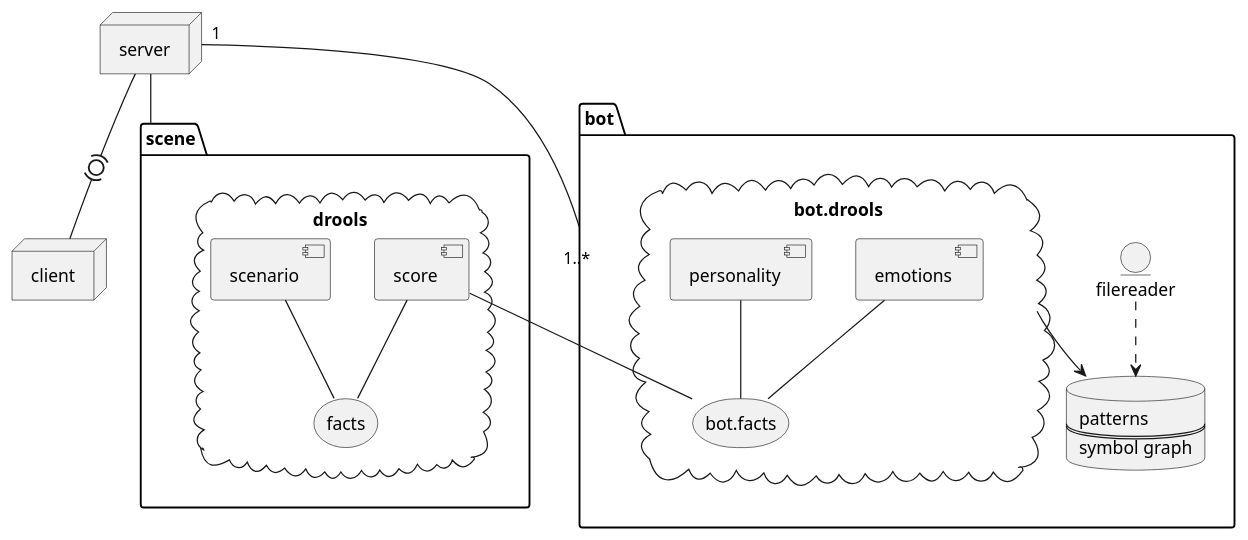
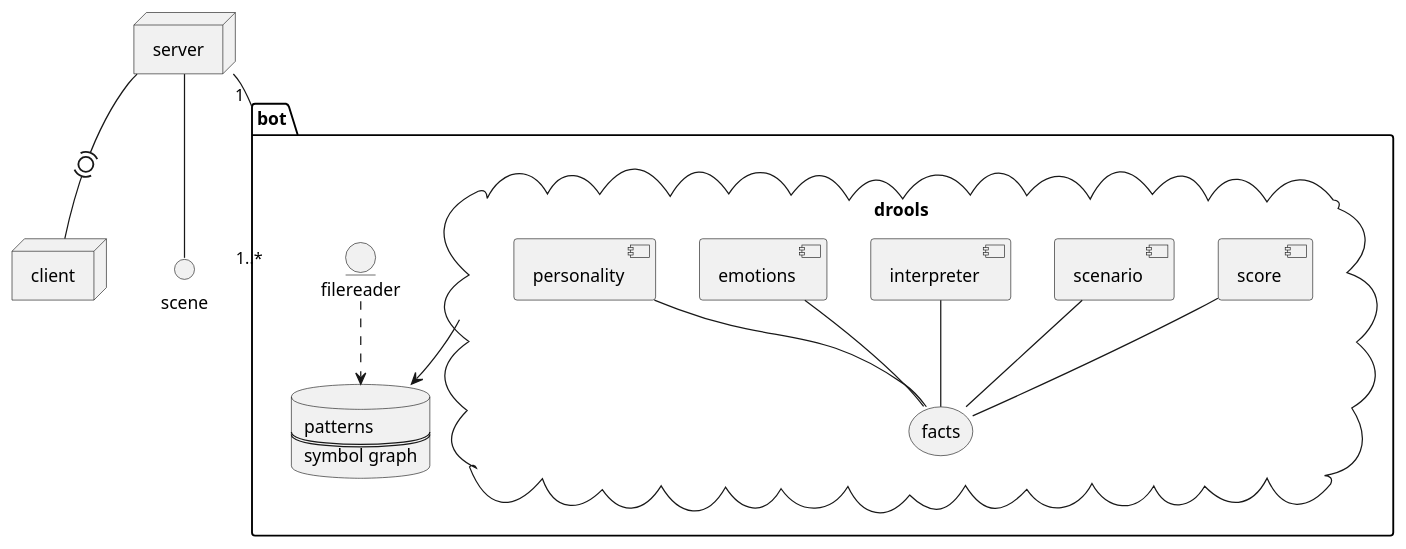
Before and after one commit to jappeace/methods-homework: the ninth of 10 diagrams in thesis/thesis.org, drawn with PlantUML. The commit also changed other lines of this file, not shown here.

```diff
--- a/thesis/thesis.org
+++ b/thesis/thesis.org
@@ -2437,37 +2425,32 @@
 #+BEGIN_SRC plantuml :cache yes :file img/uml/architecture-concept.png :exports results
 
-  folder scene{
+  folder bot{
     cloud drools {
       component score
       component scenario
+      component interpreter
       storage facts
       scenario -- facts
+      interpreter -- facts
       score -- facts
+      component emotions
+      component personality
+      emotions -- facts
+      personality -- facts
     }
-  }
-
-  folder bot{
-  cloud bot.drools {
-    component emotions
-    component personality
-    storage bot.facts
-    emotions -- bot.facts
-    personality -- bot.facts
-    score -- bot.facts
-  }
-  database meanings [
-    patterns
-    ====
-    symbol graph
-  ]
-  entity filereader
-  filereader ..> meanings
-  bot.drools --> meanings
+    database meanings [
+      patterns
+      ====
+      symbol graph
+    ]
+    entity filereader
+    filereader ..> meanings
+    drools --> meanings
   }
   node server
   node client
 
   server "1"-- "1..*" bot
   server  -- scene
   server  -(0)- client
 #+END_SRC
```
